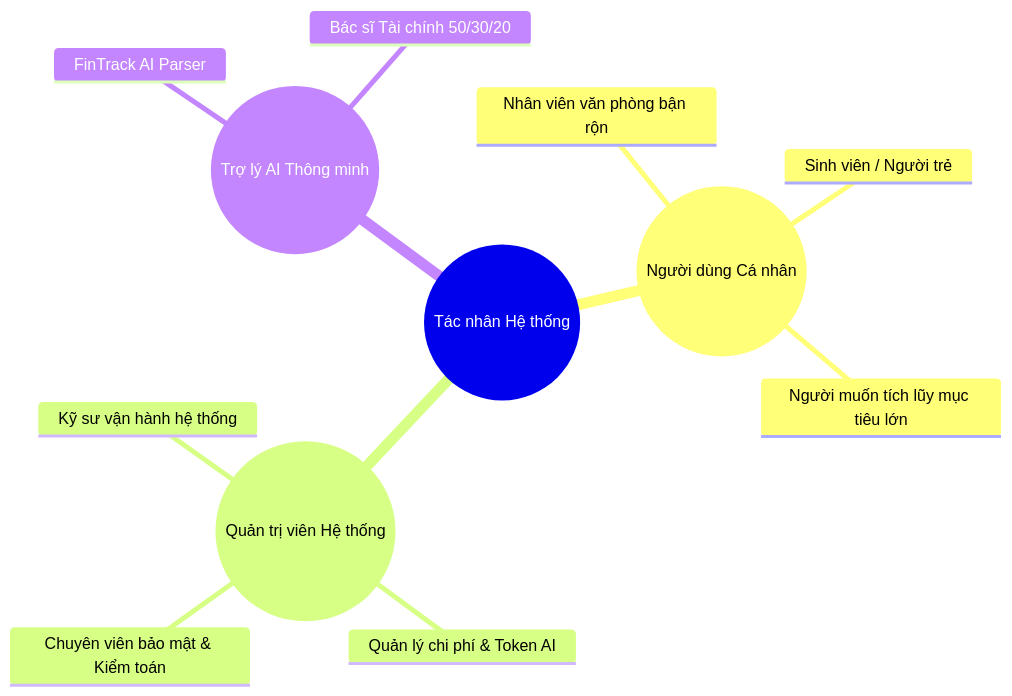
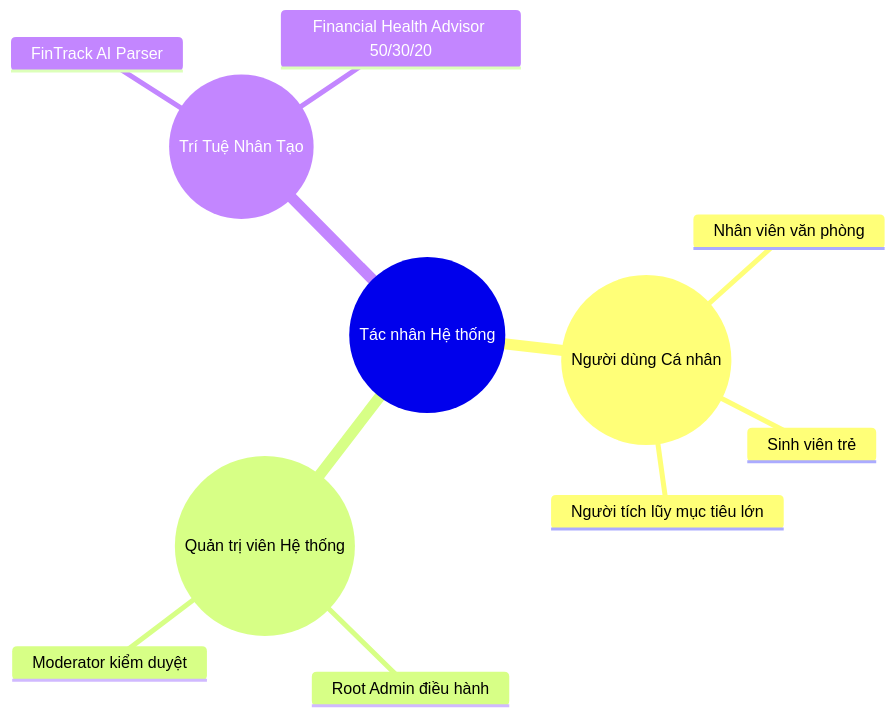
One commit to daysthang-ai/QuanLyChiTieuCaNhan changed the diagram in user_stories.md. Above: the diagram before and after it, drawn with Mermaid. The commit also changed other lines of this file and 13 other files, not shown here.

````diff
--- a/user_stories.md
+++ b/user_stories.md
@@ -27,15 +42,14 @@
 ```mermaid
 mindmap
   root((Tác nhân Hệ thống))
     User((Người dùng Cá nhân))
-      Nhân viên văn phòng bận rộn
-      Sinh viên / Người trẻ
-      Người muốn tích lũy mục tiêu lớn
+      Nhân viên văn phòng
+      Sinh viên trẻ
+      Người tích lũy mục tiêu lớn
     Admin((Quản trị viên Hệ thống))
-      Kỹ sư vận hành hệ thống
-      Quản lý chi phí & Token AI
-      Chuyên viên bảo mật & Kiểm toán
-    AIEngine((Trợ lý AI Thông minh))
+      Root Admin điều hành
+      Moderator kiểm duyệt
+    AIEngine((Trí Tuệ Nhân Tạo))
       FinTrack AI Parser
-      Bác sĩ Tài chính 50/30/20
+      Financial Health Advisor 50/30/20
 ```
````
